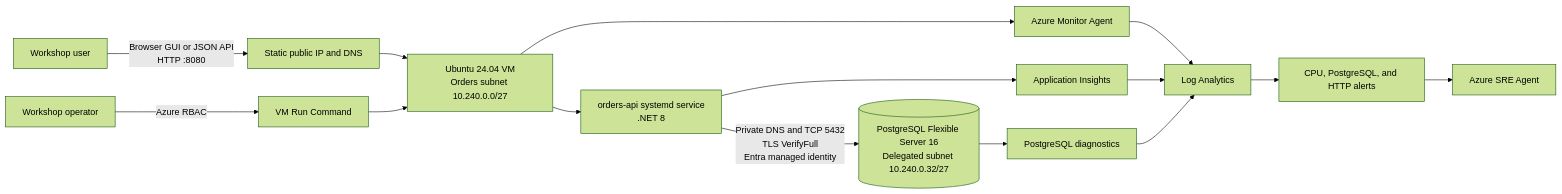
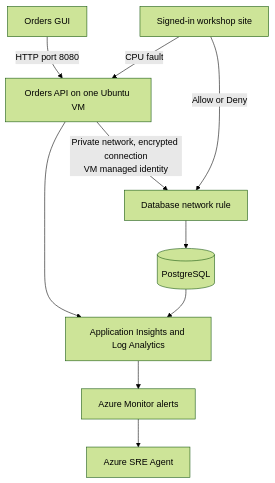
The diagram in docs/sre/01-deploy-and-validate/index.md (charliekw411/sre-agent-workshop), drawn with Mermaid (forest theme) before and after one commit. The commit also changed other lines of this file and 16 other files, not shown here.

````diff
--- a/docs/sre/01-deploy-and-validate/index.md
+++ b/docs/sre/01-deploy-and-validate/index.md
@@ -46,19 +31,12 @@
 ```mermaid
-flowchart LR
-    User[Workshop user] -->|Browser GUI or JSON API<br/>HTTP :8080| IP[Static public IP and DNS]
-    IP --> VM[Ubuntu 24.04 VM<br/>Orders subnet 10.240.0.0/27]
-    VM --> Service[orders-api systemd service<br/>.NET 8]
-    Service -->|Private DNS and TCP 5432<br/>TLS VerifyFull<br/>Entra managed identity| PG[(PostgreSQL Flexible Server 16<br/>Delegated subnet 10.240.0.32/27)]
-
-    Service --> AI[Application Insights]
-    VM --> AMA[Azure Monitor Agent]
-    PG --> Diag[PostgreSQL diagnostics]
-    AMA --> LAW[Log Analytics]
-    AI --> LAW
-    Diag --> LAW
-    LAW --> Alerts[CPU, PostgreSQL, and HTTP alerts]
+flowchart TB
+    Browser[Orders GUI] -->|HTTP port 8080| VM[Orders API on one Ubuntu VM]
+    VM -->|Private network, encrypted connection<br/>VM managed identity| Rule[Database network rule]
+    Rule --> PG[(PostgreSQL)]
+    VM --> Logs[Application Insights and Log Analytics]
+    PG --> Logs
+    Logs --> Alerts[Azure Monitor alerts]
     Alerts --> Agent[Azure SRE Agent]
-
-    Operator[Workshop operator] -->|Azure RBAC| RC[VM Run Command]
-    RC --> VM
+    Controls[Signed-in workshop site] -->|CPU fault| VM
+    Controls -->|Allow or Deny| Rule
 ```
````
